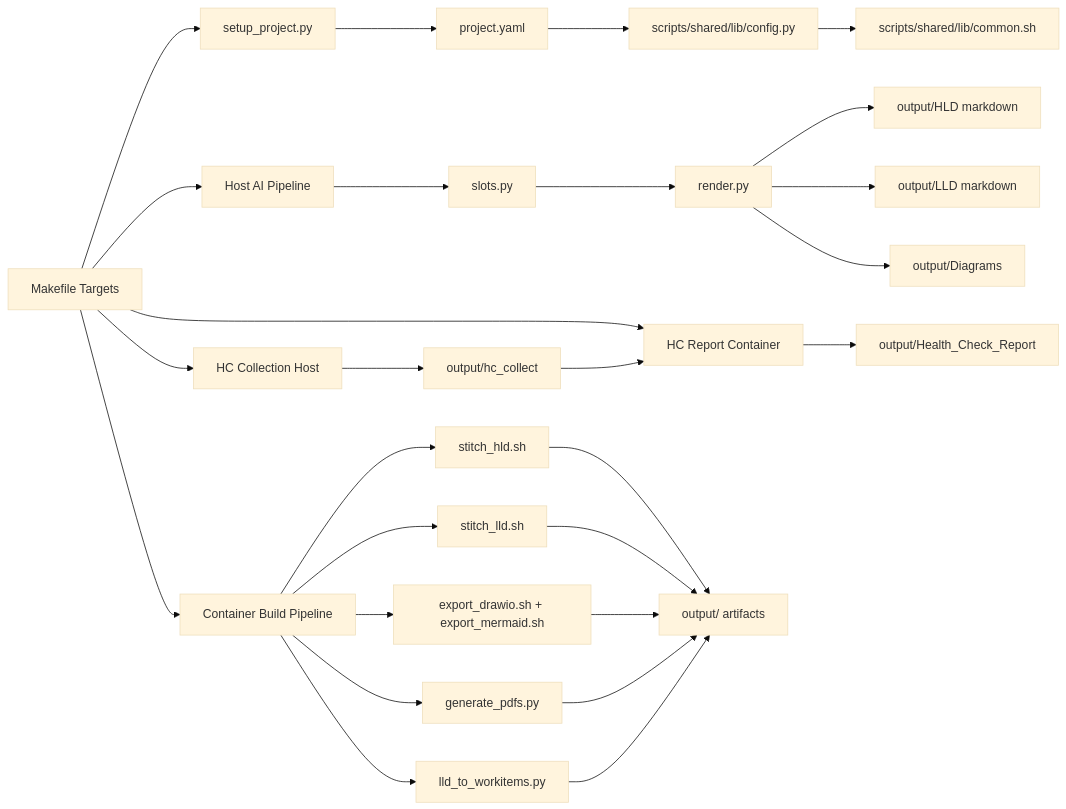
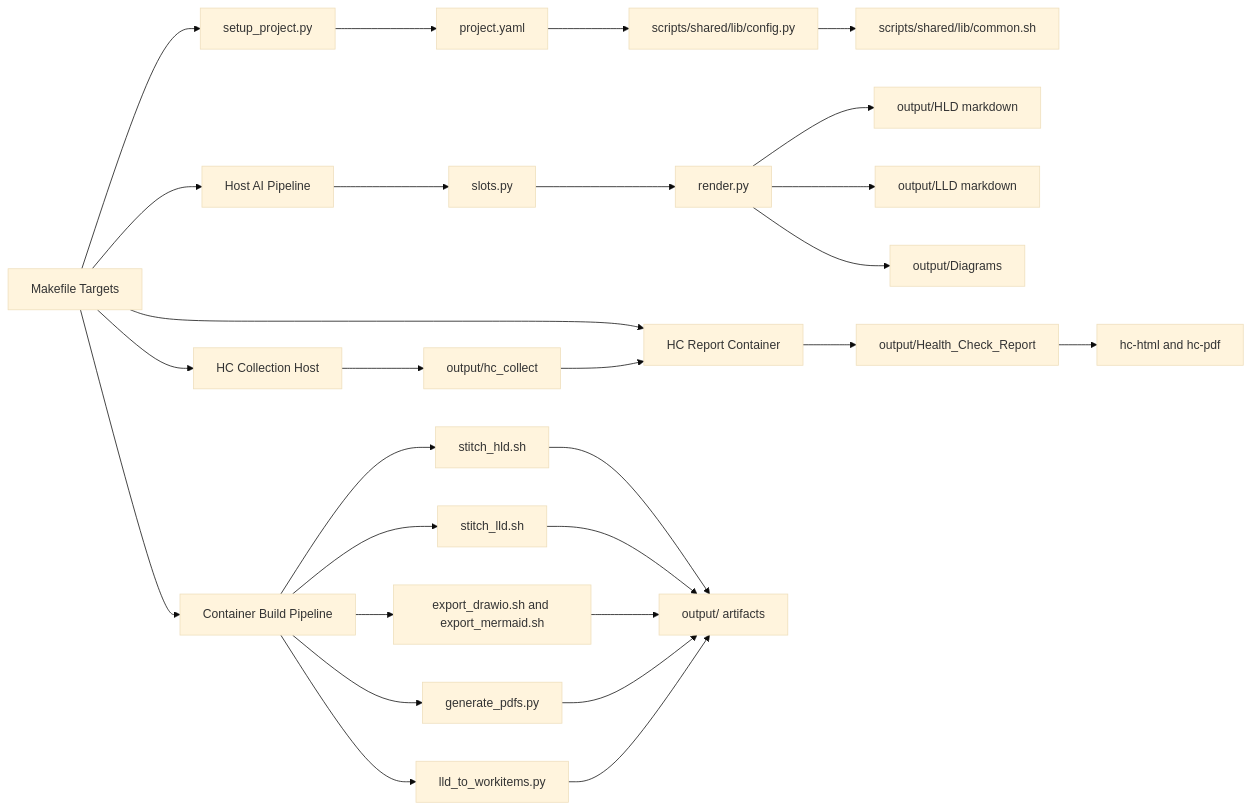
The first of 3 diagrams in docs/ARCHITECTURE.md (stratus-ss/arch-design-doc-generator), drawn with Mermaid (base theme) before and after one commit. The commit also changed other lines of this file and 13 other files, not shown here.

First line of the commit message:
docs: align Health Check code flow with collect 03–12 and the report engine

````diff
--- a/docs/ARCHITECTURE.md
+++ b/docs/ARCHITECTURE.md
@@ -5,34 +5,35 @@
 ```mermaid
 flowchart LR
-    Makefile[Makefile Targets] --> Setup[setup_project.py]
-    Makefile --> HostAI[Host AI Pipeline]
-    Makefile --> ContainerBuild[Container Build Pipeline]
-    Makefile --> HcCollect[HC Collection Host]
-    Makefile --> HcReport[HC Report Container]
+    Makefile["Makefile Targets"] --> Setup["setup_project.py"]
+    Makefile --> HostAI["Host AI Pipeline"]
+    Makefile --> ContainerBuild["Container Build Pipeline"]
+    Makefile --> HcCollect["HC Collection Host"]
+    Makefile --> HcReport["HC Report Container"]
 
-    Setup --> ProjectYaml[project.yaml]
-    ProjectYaml --> ConfigPy[scripts/shared/lib/config.py]
-    ConfigPy --> BashHelpers[scripts/shared/lib/common.sh]
+    Setup --> ProjectYaml["project.yaml"]
+    ProjectYaml --> ConfigPy["scripts/shared/lib/config.py"]
+    ConfigPy --> BashHelpers["scripts/shared/lib/common.sh"]
 
-    HostAI --> SlotExtract[slots.py]
-    SlotExtract --> Render[render.py]
-    Render --> HldMarkdown[output/HLD markdown]
-    Render --> LldMarkdown[output/LLD markdown]
-    Render --> StampedDrawio[output/Diagrams]
+    HostAI --> SlotExtract["slots.py"]
+    SlotExtract --> Render["render.py"]
+    Render --> HldMarkdown["output/HLD markdown"]
+    Render --> LldMarkdown["output/LLD markdown"]
+    Render --> StampedDrawio["output/Diagrams"]
 
-    ContainerBuild --> StitchHld[stitch_hld.sh]
-    ContainerBuild --> StitchLld[stitch_lld.sh]
-    ContainerBuild --> ExportDiagrams[export_drawio.sh + export_mermaid.sh]
-    ContainerBuild --> GeneratePdfs[generate_pdfs.py]
-    ContainerBuild --> Workitems[lld_to_workitems.py]
+    ContainerBuild --> StitchHld["stitch_hld.sh"]
+    ContainerBuild --> StitchLld["stitch_lld.sh"]
+    ContainerBuild --> ExportDiagrams["export_drawio.sh and export_mermaid.sh"]
+    ContainerBuild --> GeneratePdfs["generate_pdfs.py"]
+    ContainerBuild --> Workitems["lld_to_workitems.py"]
 
-    StitchHld --> OutputArtifacts[output/ artifacts]
+    StitchHld --> OutputArtifacts["output/ artifacts"]
     StitchLld --> OutputArtifacts
     ExportDiagrams --> OutputArtifacts
     GeneratePdfs --> OutputArtifacts
     Workitems --> OutputArtifacts
 
-    HcCollect --> CollectOut[output/hc_collect]
+    HcCollect --> CollectOut["output/hc_collect"]
     CollectOut --> HcReport
-    HcReport --> HcMarkdown[output/Health_Check_Report]
+    HcReport --> HcMarkdown["output/Health_Check_Report"]
+    HcMarkdown --> HcExport["hc-html and hc-pdf"]
 ```
````
